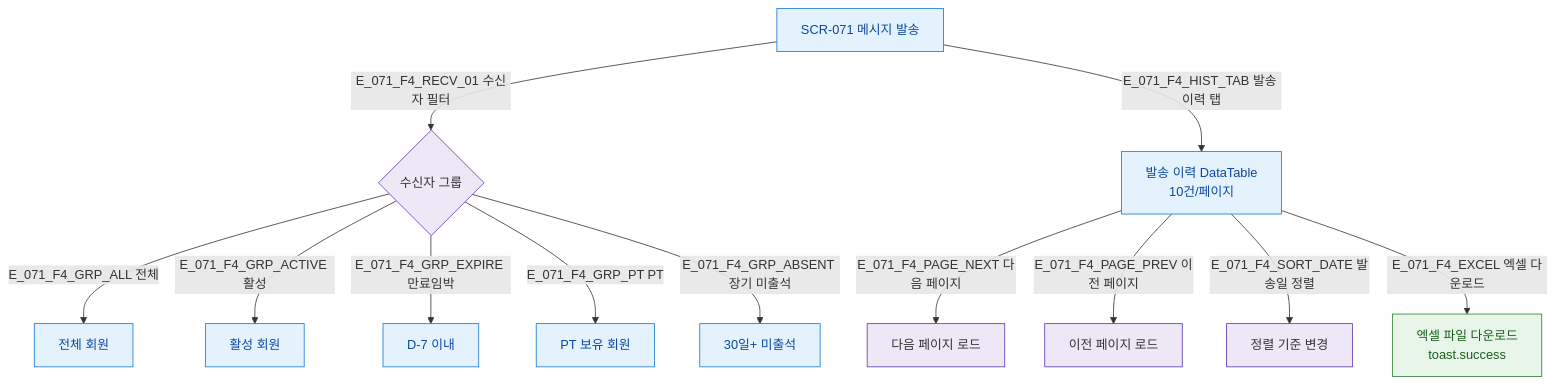
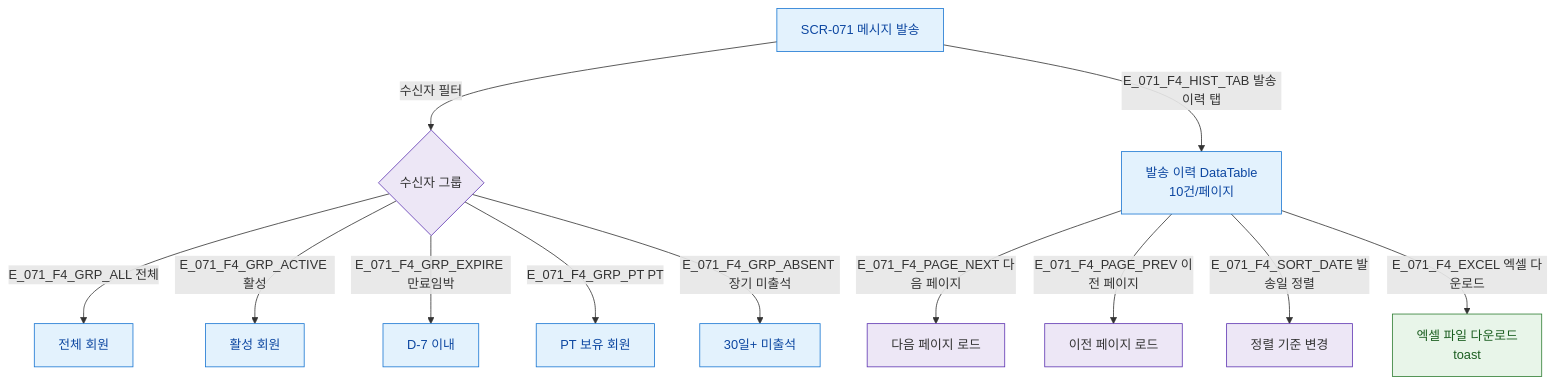
Before and after one commit to dev-spogym/admin-pando: the diagram in docs/다이어그램/D08_마케팅/SCR-071_메시지발송/F4_필터검색.md, drawn with Mermaid. The commit also changed other lines of this file and 1660 other files, not shown here.

First line of the commit message:
다이어그램: 기획자/클라이언트 납품본으로 정리

````diff
--- a/docs/다이어그램/D08_마케팅/SCR-071_메시지발송/F4_필터검색.md
+++ b/docs/다이어그램/D08_마케팅/SCR-071_메시지발송/F4_필터검색.md
@@ -22,25 +20,25 @@
 ```mermaid
 flowchart TD
   SCR_071[SCR-071 메시지 발송]
 
-  SCR_071 -->|E_071_F4_RECV_01 수신자 필터| RECV_FILTER{수신자 그룹}
-  RECV_FILTER -->|E_071_F4_GRP_ALL 전체| RECV_ALL[전체 회원]
-  RECV_FILTER -->|E_071_F4_GRP_ACTIVE 활성| RECV_ACTIVE[활성 회원]
-  RECV_FILTER -->|E_071_F4_GRP_EXPIRE 만료임박| RECV_EXPIRE[D-7 이내]
-  RECV_FILTER -->|E_071_F4_GRP_PT PT| RECV_PT[PT 보유 회원]
-  RECV_FILTER -->|E_071_F4_GRP_ABSENT 장기 미출석| RECV_ABSENT[30일+ 미출석]
+  SCR_071 -->|수신자 필터|RECV_FILTER{수신자 그룹}
+  RECV_FILTER -->|E_071_F4_GRP_ALL 전체|RECV_ALL[전체 회원]
+  RECV_FILTER -->|E_071_F4_GRP_ACTIVE 활성|RECV_ACTIVE[활성 회원]
+  RECV_FILTER -->|E_071_F4_GRP_EXPIRE 만료임박|RECV_EXPIRE[D-7 이내]
+  RECV_FILTER -->|E_071_F4_GRP_PT PT|RECV_PT[PT 보유 회원]
+  RECV_FILTER -->|E_071_F4_GRP_ABSENT 장기 미출석|RECV_ABSENT[30일+ 미출석]
 
-  SCR_071 -->|E_071_F4_HIST_TAB 발송 이력 탭| HIST[발송 이력 DataTable\n10건/페이지]
-  HIST -->|E_071_F4_PAGE_NEXT 다음 페이지| HIST_NEXT[다음 페이지 로드]
-  HIST -->|E_071_F4_PAGE_PREV 이전 페이지| HIST_PREV[이전 페이지 로드]
-  HIST -->|E_071_F4_SORT_DATE 발송일 정렬| HIST_SORT[정렬 기준 변경]
-  HIST -->|E_071_F4_EXCEL 엑셀 다운로드| HIST_EXCEL[엑셀 파일 다운로드\ntoast.success]
+  SCR_071 -->|E_071_F4_HIST_TAB 발송 이력 탭|HIST[발송 이력 DataTable\n10건/페이지]
+  HIST -->|E_071_F4_PAGE_NEXT 다음 페이지|HIST_NEXT[다음 페이지 로드]
+  HIST -->|E_071_F4_PAGE_PREV 이전 페이지|HIST_PREV[이전 페이지 로드]
+  HIST -->|E_071_F4_SORT_DATE 발송일 정렬|HIST_SORT[정렬 기준 변경]
+  HIST -->|E_071_F4_EXCEL 엑셀 다운로드|HIST_EXCEL[엑셀 파일 다운로드\ntoast]
 
-  classDef screen      fill:#E3F2FD,stroke:#1976D2,color:#0D47A1
-  classDef system      fill:#EDE7F6,stroke:#5E35B2
-  classDef success     fill:#E8F5E9,stroke:#2E7D32,color:#1B5E20
+  classDef screen fill:#E3F2FD,stroke:#1976D2,color:#0D47A1
+  classDef system fill:#EDE7F6,stroke:#5E35B2
+  classDef success fill:#E8F5E9,stroke:#2E7D32,color:#1B5E20
 
   class SCR_071,RECV_ALL,RECV_ACTIVE,RECV_EXPIRE,RECV_PT,RECV_ABSENT,HIST screen
   class RECV_FILTER,HIST_NEXT,HIST_PREV,HIST_SORT system
   class HIST_EXCEL success
 ```
````
